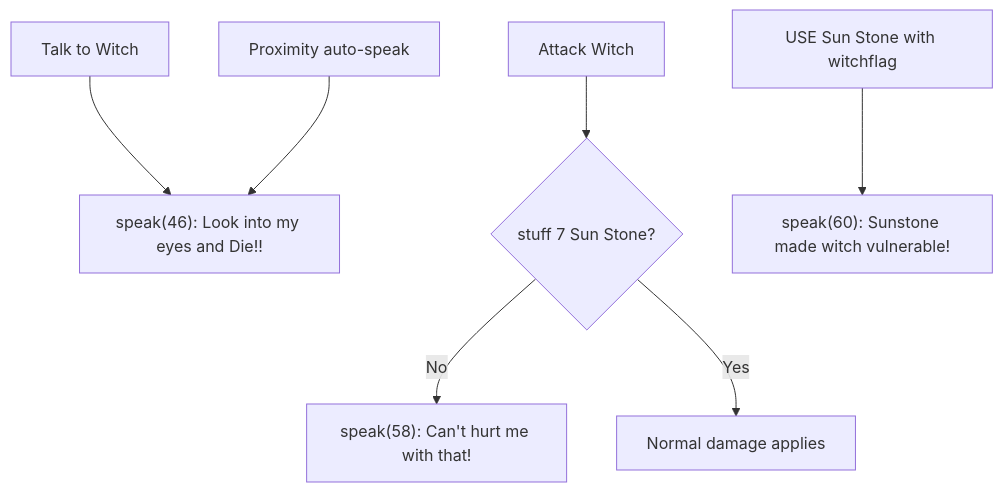
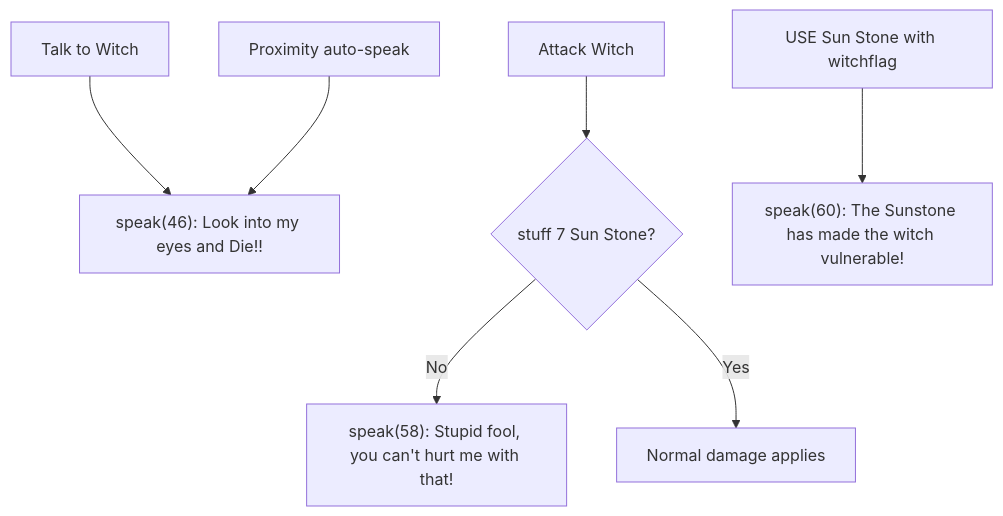
The sixth of 18 diagrams in reference/STORYLINE-npcs.md (bacomatic/faery-tale-rs), drawn with Mermaid before and after one commit. The commit also changed other lines of this file and 20 other files, not shown here.

````diff
--- a/reference/STORYLINE-npcs.md
+++ b/reference/STORYLINE-npcs.md
@@ -92,9 +92,9 @@
 ```mermaid
 flowchart TD
     TALK_WITCH[Talk to Witch] --> S46["speak(46): Look into my eyes and Die!!"]
     PROXIMITY[Proximity auto-speak] --> S46
     ATTACK[Attack Witch] --> HAS_SUN{stuff 7 Sun Stone?}
-    HAS_SUN -->|No| S58["speak(58): Can't hurt me with that!"]
+    HAS_SUN -->|No| S58["speak(58): Stupid fool, you can't hurt me with that!"]
     HAS_SUN -->|Yes| DAMAGE[Normal damage applies]
-    USE_SUN[USE Sun Stone with witchflag] --> S60["speak(60): Sunstone made witch vulnerable!"]
+    USE_SUN[USE Sun Stone with witchflag] --> S60["speak(60): The Sunstone has made the witch vulnerable!"]
 ```
````
